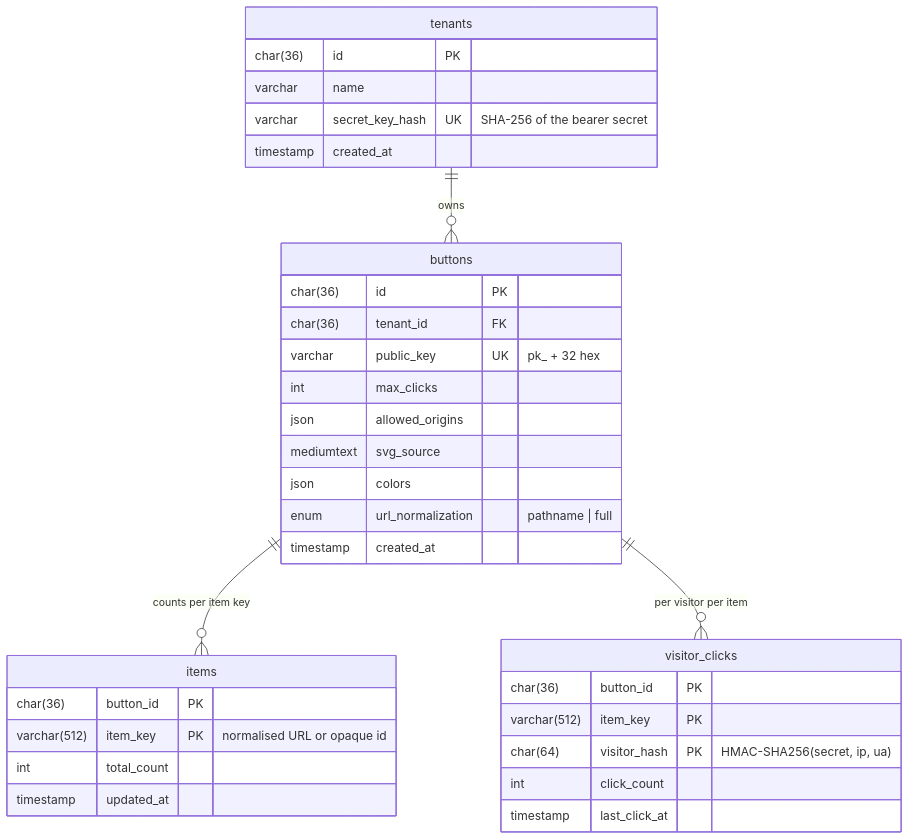
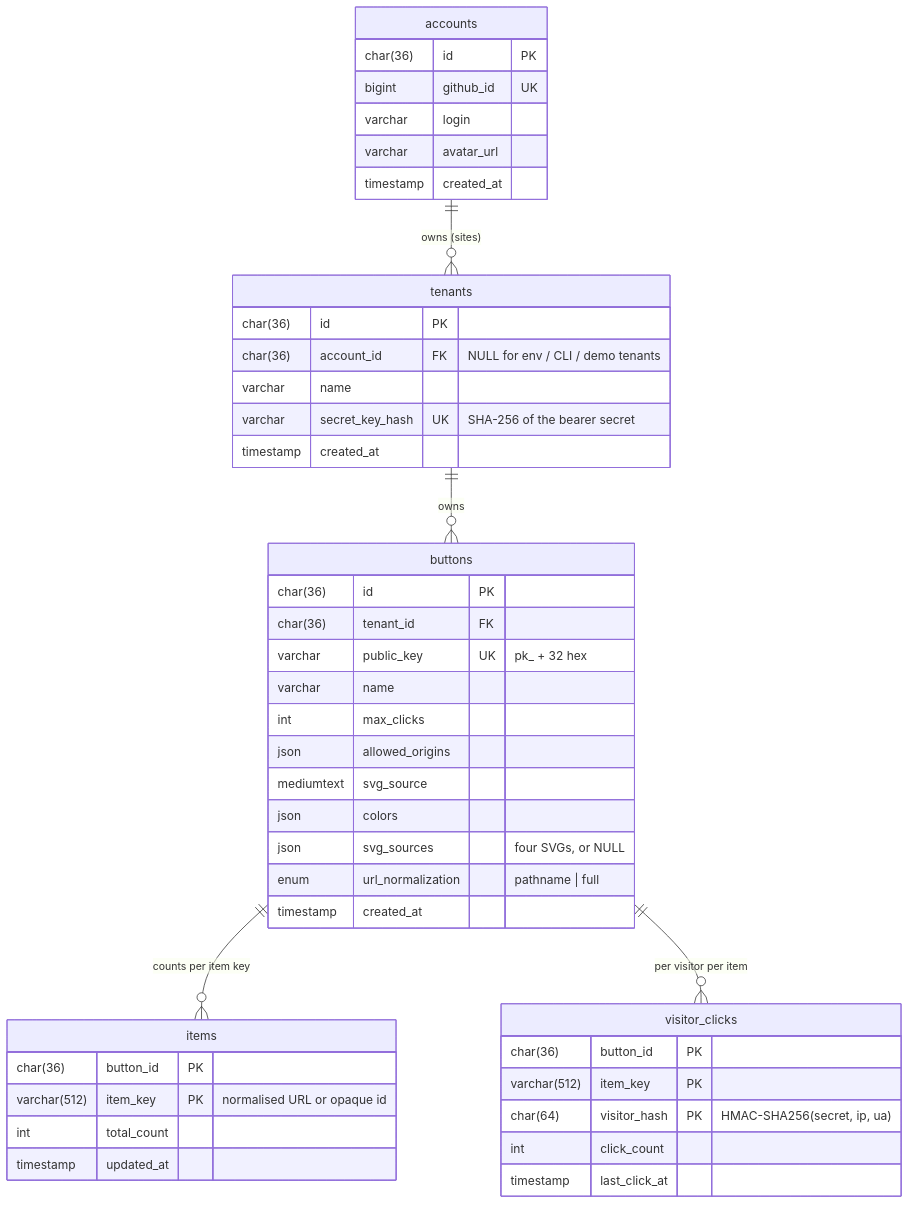
One commit to medhatdawoud/appreciator changed the fourth of 4 diagrams in README.md. Above: the diagram before and after it, drawn with Mermaid. The commit also changed other lines of this file and 2 other files, not shown here.

First line of the commit message:
Document the dashboard flow, sign-in and hosting; copy site/ into the image

````diff
--- a/README.md
+++ b/README.md
@@ -202,37 +231,48 @@
 ```mermaid
 erDiagram
+    accounts ||--o{ tenants : "owns (sites)"
     tenants ||--o{ buttons : owns
     buttons ||--o{ items : "counts per item key"
     buttons ||--o{ visitor_clicks : "per visitor per item"
 
+    accounts {
+        char(36) id PK
+        bigint github_id UK
+        varchar login
+        varchar avatar_url
+        timestamp created_at
+    }
     tenants {
         char(36) id PK
+        char(36) account_id FK "NULL for env / CLI / demo tenants"
         varchar name
         varchar secret_key_hash UK "SHA-256 of the bearer secret"
         timestamp created_at
     }
     buttons {
         char(36) id PK
         char(36) tenant_id FK
         varchar public_key UK "pk_ + 32 hex"
+        varchar name
         int max_clicks
         json allowed_origins
         mediumtext svg_source
         json colors
+        json svg_sources "four SVGs, or NULL"
         enum url_normalization "pathname | full"
         timestamp created_at
     }
     items {
         char(36) button_id PK
         varchar(512) item_key PK "normalised URL or opaque id"
         int total_count
         timestamp updated_at
     }
     visitor_clicks {
         char(36) button_id PK
         varchar(512) item_key PK
         char(64) visitor_hash PK "HMAC-SHA256(secret, ip, ua)"
         int click_count
         timestamp last_click_at
     }
 ```
````
